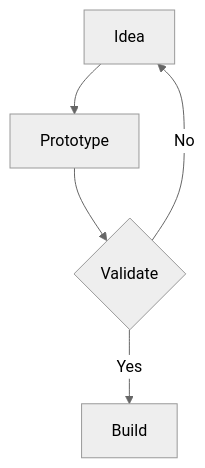
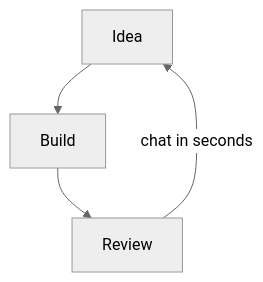
The diagram in slides/slides.md (nagoodman/preso-build-app-with-ai), drawn with Mermaid (neutral theme) before and after one commit.

Commit message:
Refined rapid prototyping bullet

```diff
--- a/slides/slides.md
+++ b/slides/slides.md
@@ -202,7 +202,6 @@
 <div class="mermaid">
 graph TD
-    A[Idea] --> B[Prototype]
-    B --> C{Validate}
-    C -->|Yes| D[Build]
-    C -->|No| A
+    A[Idea] --> B[Build]
+    B --> C[Review]
+    C -->|chat in seconds| A
 </div>
```
